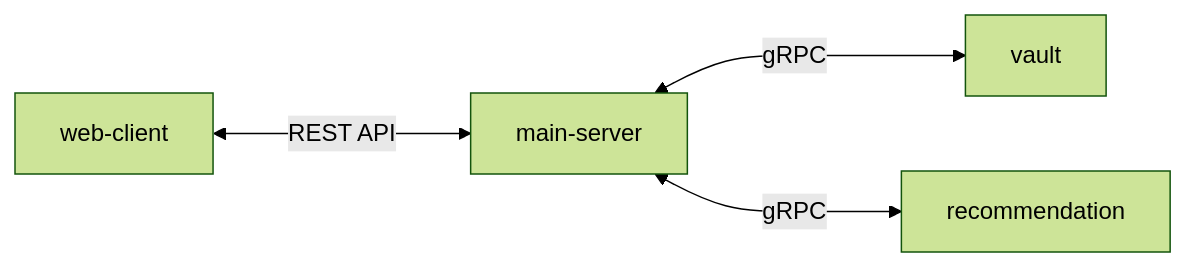
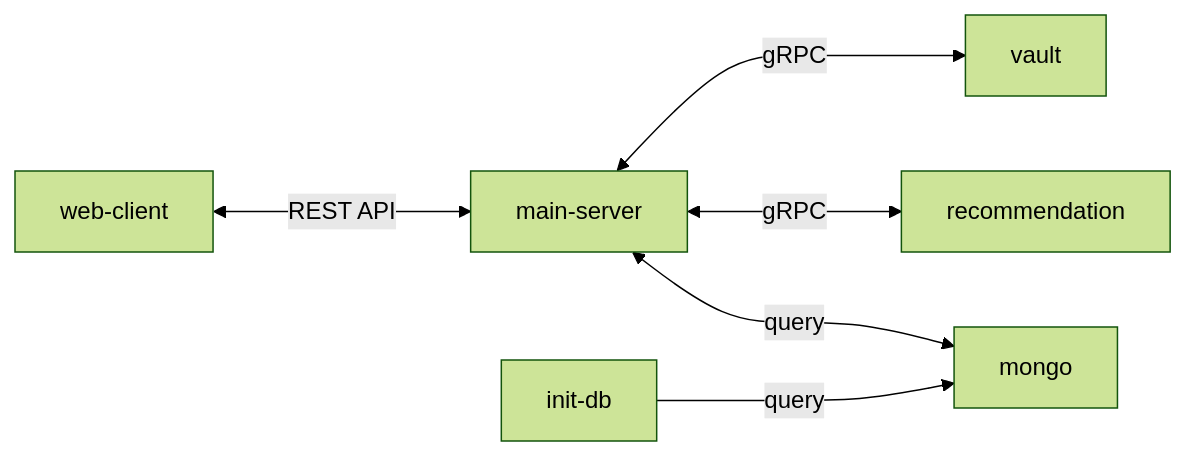
One commit to dominik-air/grpc-demo changed the diagram in README.md. Above: the diagram before and after it, drawn with Mermaid (forest theme). The commit also changed other lines of this file and 5 other files, not shown here.

````diff
--- a/README.md
+++ b/README.md
@@ -5,6 +5,8 @@
 ```mermaid
 flowchart LR
     web-client <--->|REST API| main-server
     main-server <--->|gRPC| vault
     main-server <--->|gRPC| recommendation
+    main-server <--->|query| mongo
+    init-db --->|query| mongo
 ```
````
